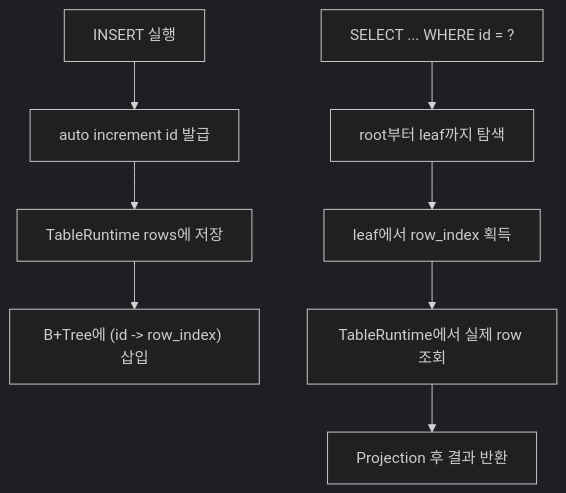
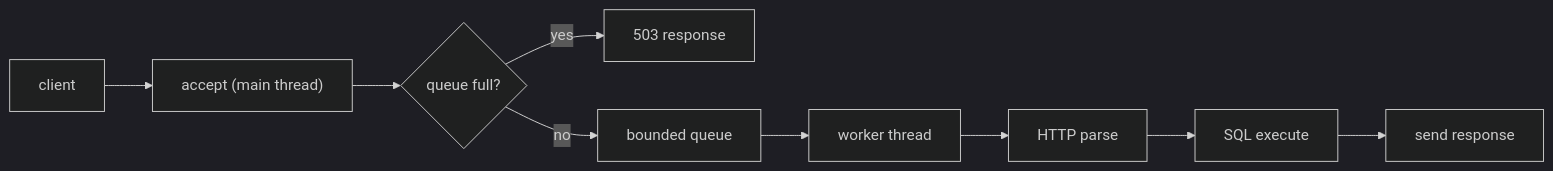
One commit to chaekang/Jungle_DB_API_W8 changed the diagram in README.md. Above: the diagram before and after it, drawn with Mermaid (dark theme). The commit also changed other lines of this file, not shown here.

````diff
--- a/README.md
+++ b/README.md
@@ -68,11 +18,11 @@
 ```mermaid
-flowchart TD
-    A["INSERT 실행"] --> B["auto increment id 발급"]
-    B --> C["TableRuntime rows에 저장"]
-    C --> D["B+Tree에 (id -> row_index) 삽입"]
-
-    E["SELECT ... WHERE id = ?"] --> F["root부터 leaf까지 탐색"]
-    F --> G["leaf에서 row_index 획득"]
-    G --> H["TableRuntime에서 실제 row 조회"]
-    H --> I["Projection 후 결과 반환"]
+flowchart LR
+    A["client"] --> B["accept (main thread)"]
+    B --> C{"queue full?"}
+    C -->|yes| D["503 response"]
+    C -->|no| E["bounded queue"]
+    E --> F["worker thread"]
+    F --> G["HTTP parse"]
+    G --> H["SQL execute"]
+    H --> I["send response"]
 ```
````
